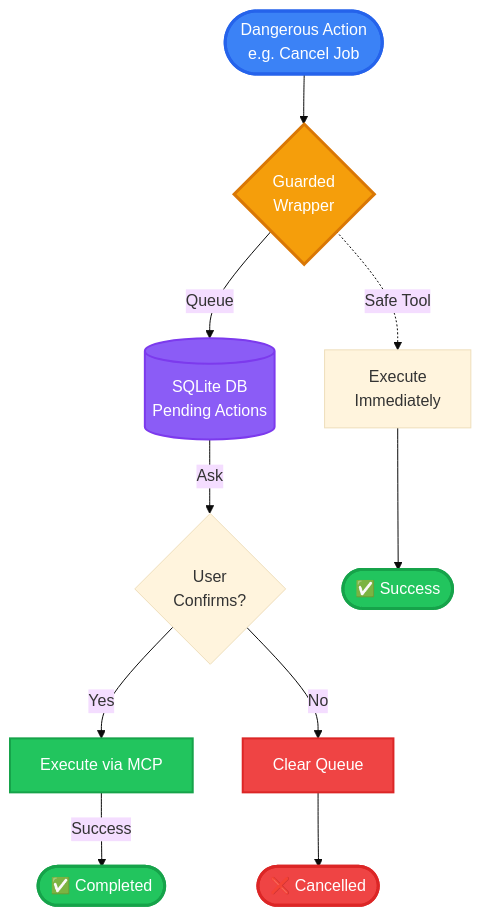
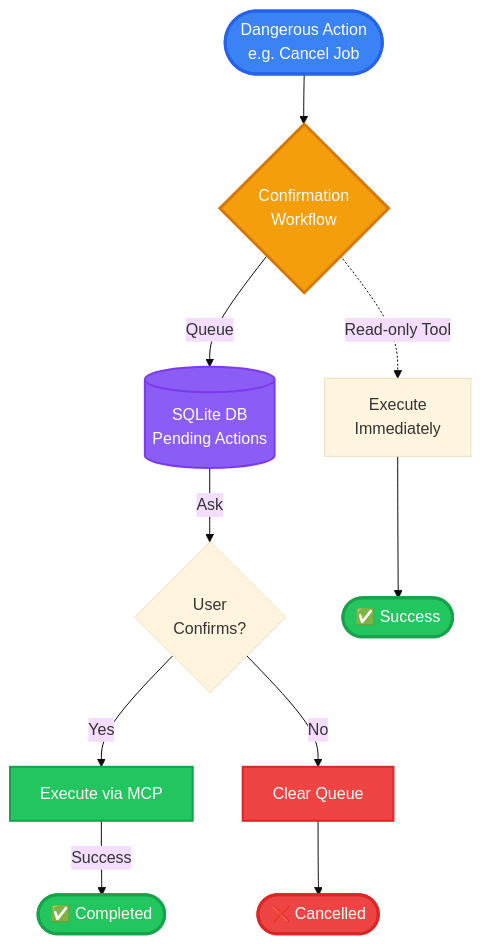
One commit to DanhNguyennene/capstone_project_final changed the fifth of 7 diagrams in report/module_diagrams.md. Above: the diagram before and after it, drawn with Mermaid. The commit also changed other lines of this file and 239 other files, not shown here.

````diff
--- a/report/module_diagrams.md
+++ b/report/module_diagrams.md
@@ -176,26 +176,26 @@
 ```mermaid
 %%{init: {'theme':'base', 'themeVariables': { 'fontSize':'16px'}}}%%
 flowchart TB
-    Request([Dangerous Action<br/>e.g. Cancel Job]) --> Guard{Guarded<br/>Wrapper}
+    Request([Dangerous Action<br/>e.g. Cancel Job]) --> Confirm{Confirmation<br/>Workflow}
     
-    Guard -->|Queue| DB[(SQLite DB<br/>Pending Actions)]
+    Confirm -->|Queue| DB[(SQLite DB<br/>Pending Actions)]
     DB -->|Ask| User{User<br/>Confirms?}
     
     User -->|Yes| Execute[Execute via MCP]
     User -->|No| Cancel[Clear Queue]
     
     Execute -->|Success| Result1([✅ Completed])
     Cancel --> Result2([❌ Cancelled])
     
-    Guard -.Safe Tool.-> Direct[Execute<br/>Immediately]
+    Confirm -.Read-only Tool.-> Direct[Execute<br/>Immediately]
     Direct --> Result3([✅ Success])
     
     style Request fill:#3b82f6,stroke:#2563eb,stroke-width:3px,color:#fff
-    style Guard fill:#f59e0b,stroke:#d97706,stroke-width:3px,color:#fff
+    style Confirm fill:#f59e0b,stroke:#d97706,stroke-width:3px,color:#fff
     style DB fill:#8b5cf6,stroke:#7c3aed,stroke-width:2px,color:#fff
     style Execute fill:#22c55e,stroke:#16a34a,stroke-width:2px,color:#fff
     style Cancel fill:#ef4444,stroke:#dc2626,stroke-width:2px,color:#fff
     style Result1 fill:#22c55e,stroke:#16a34a,stroke-width:3px,color:#fff
     style Result2 fill:#ef4444,stroke:#dc2626,stroke-width:3px,color:#fff
     style Result3 fill:#22c55e,stroke:#16a34a,stroke-width:3px,color:#fff
 ```
````
